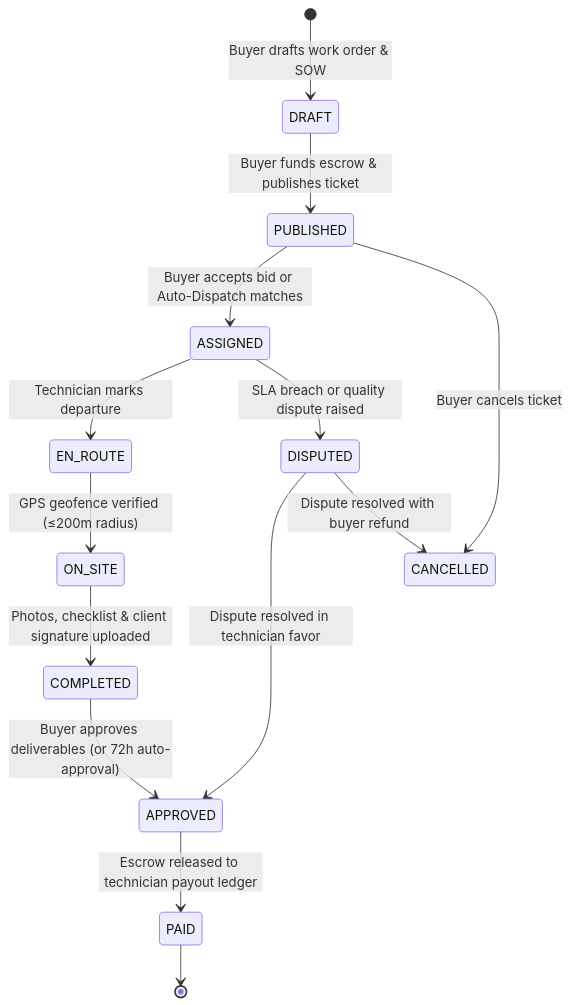
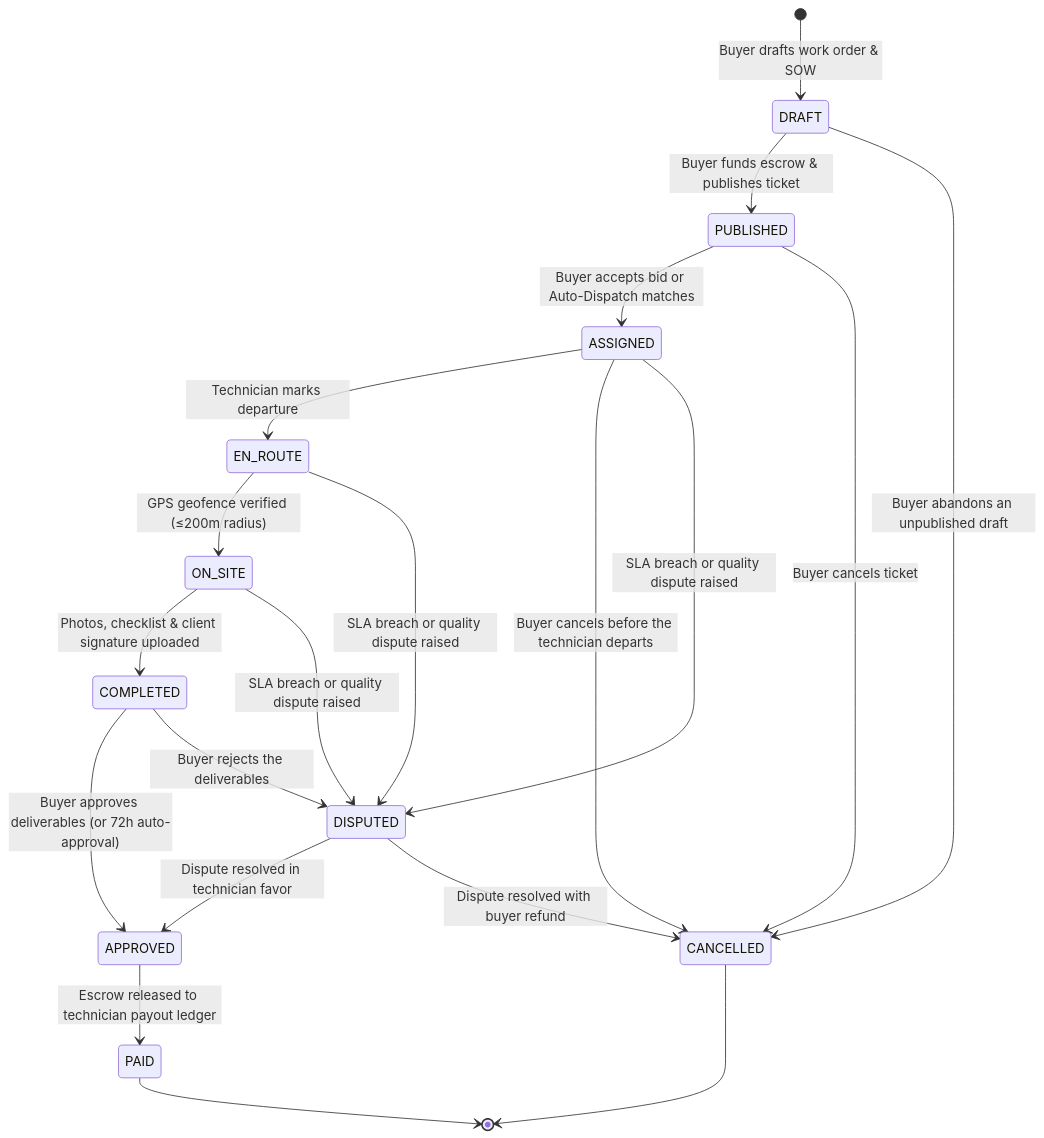
One commit to satya-ranjon/FieldForge changed the second of 2 diagrams in .agent/context/domain_entities.md. Above: the diagram before and after it, drawn with Mermaid. The commit also changed other lines of this file and 80 other files, not shown here.

````diff
--- a/.agent/context/domain_entities.md
+++ b/.agent/context/domain_entities.md
@@ -98,17 +104,23 @@
 ```mermaid
 stateDiagram-v2
     [*] --> DRAFT: Buyer drafts work order & SOW
     DRAFT --> PUBLISHED: Buyer funds escrow & publishes ticket
     PUBLISHED --> ASSIGNED: Buyer accepts bid or Auto-Dispatch matches
     ASSIGNED --> EN_ROUTE: Technician marks departure
     EN_ROUTE --> ON_SITE: GPS geofence verified (≤200m radius)
     ON_SITE --> COMPLETED: Photos, checklist & client signature uploaded
     COMPLETED --> APPROVED: Buyer approves deliverables (or 72h auto-approval)
     APPROVED --> PAID: Escrow released to technician payout ledger
     PAID --> [*]
 
+    DRAFT --> CANCELLED: Buyer abandons an unpublished draft
     PUBLISHED --> CANCELLED: Buyer cancels ticket
+    ASSIGNED --> CANCELLED: Buyer cancels before the technician departs
     ASSIGNED --> DISPUTED: SLA breach or quality dispute raised
+    EN_ROUTE --> DISPUTED: SLA breach or quality dispute raised
+    ON_SITE --> DISPUTED: SLA breach or quality dispute raised
+    COMPLETED --> DISPUTED: Buyer rejects the deliverables
     DISPUTED --> APPROVED: Dispute resolved in technician favor
     DISPUTED --> CANCELLED: Dispute resolved with buyer refund
+    CANCELLED --> [*]
 ```
````
